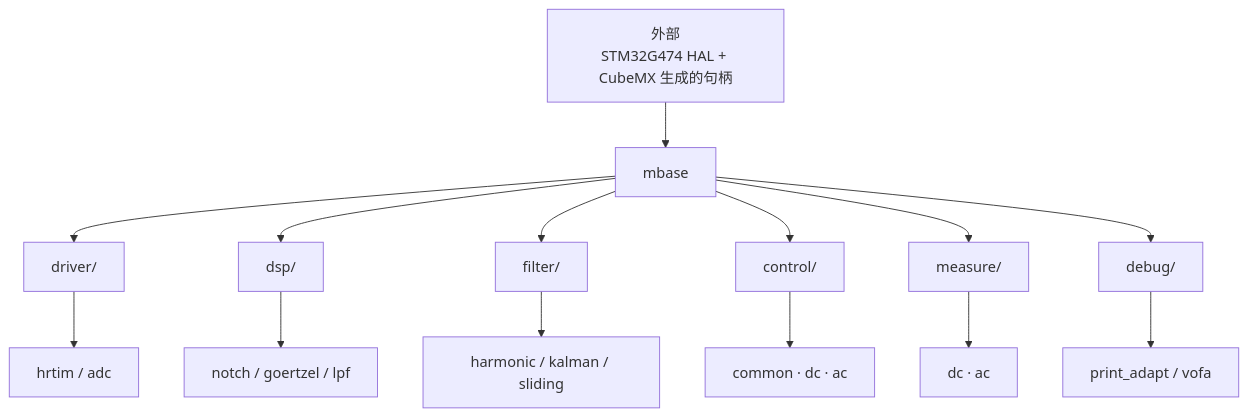
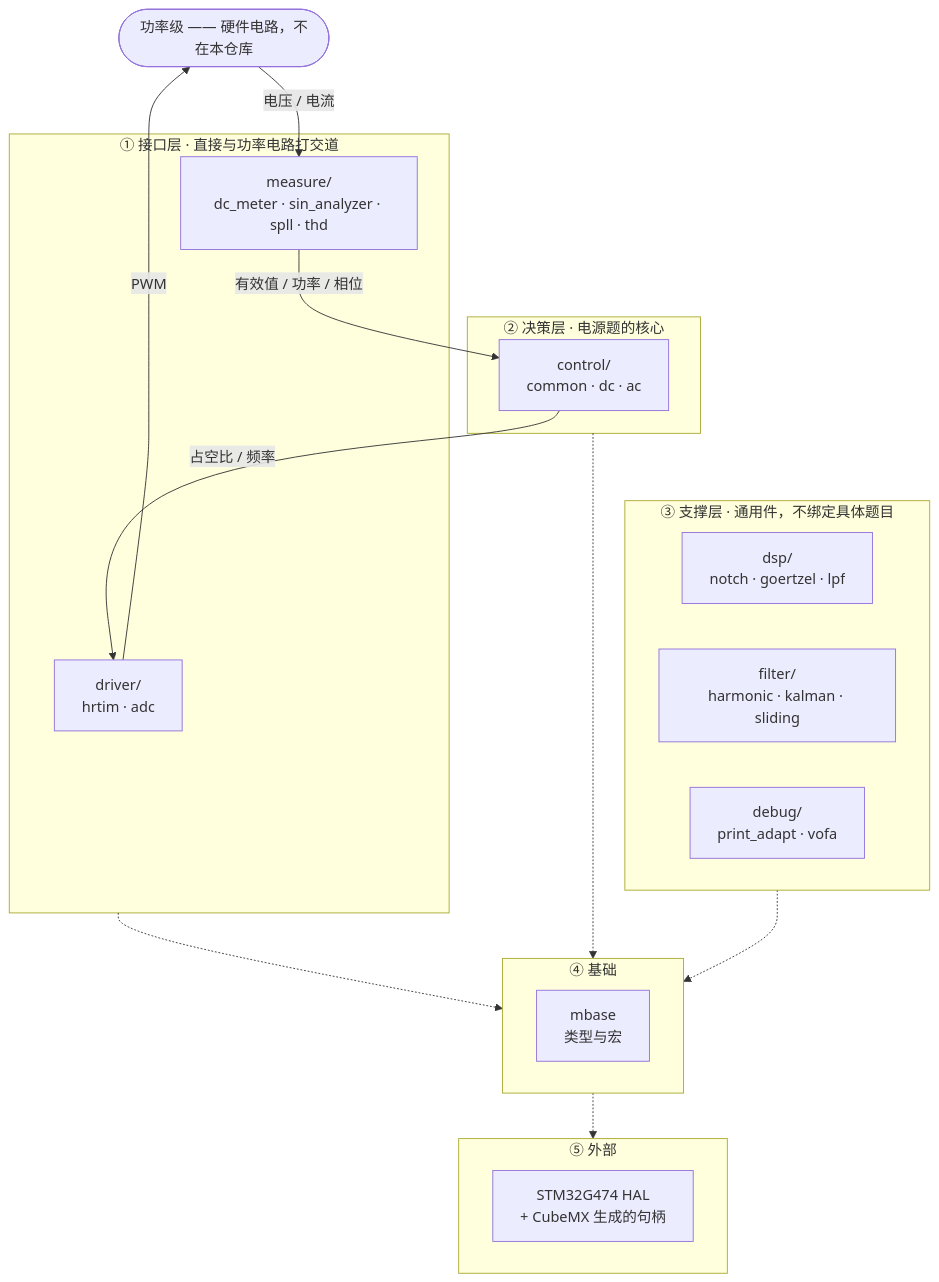
One commit to Gold-RsC/diansai_learning changed the diagram in README.md. Above: the diagram before and after it, drawn with Mermaid. The commit also changed other lines of this file, not shown here.

First line of the commit message:
docs: README 改为概念分层图

````diff
--- a/README.md
+++ b/README.md
@@ -15,20 +20,37 @@
 ```mermaid
 flowchart TD
-    EXT["外部<br/>STM32G474 HAL + CubeMX 生成的句柄"]
+    HW(["功率级 —— 硬件电路，不在本仓库"])
 
-    EXT --> MB["mbase"]
+    subgraph L1["① 接口层 · 直接与功率电路打交道"]
+        DRV["driver/<br/>hrtim · adc"]
+        MEA["measure/<br/>dc_meter · sin_analyzer · spll · thd"]
+    end
 
-    MB --> DRV["driver/"]
-    MB --> DSP["dsp/"]
-    MB --> FIL["filter/"]
-    MB --> CTRL["control/"]
-    MB --> MEAS["measure/"]
-    MB --> DBG["debug/"]
+    subgraph L2["② 决策层 · 电源题的核心"]
+        CTRL["control/<br/>common · dc · ac"]
+    end
 
-    DRV  --> DRV1["hrtim / adc"]
-    DSP  --> DSP1["notch / goertzel / lpf"]
-    FIL  --> FIL1["harmonic / kalman / sliding"]
-    CTRL --> CTRL1["common · dc · ac"]
-    MEAS --> MEAS1["dc · ac"]
-    DBG  --> DBG1["print_adapt / vofa"]
+    subgraph L3["③ 支撑层 · 通用件，不绑定具体题目"]
+        DSP["dsp/<br/>notch · goertzel · lpf"]
+        FIL["filter/<br/>harmonic · kalman · sliding"]
+        DBG["debug/<br/>print_adapt · vofa"]
+    end
+
+    subgraph L4["④ 基础"]
+        MB["mbase<br/>类型与宏"]
+    end
+
+    subgraph L5["⑤ 外部"]
+        HAL["STM32G474 HAL<br/>+ CubeMX 生成的句柄"]
+    end
+
+    HW -->|电压 / 电流| MEA
+    MEA -->|有效值 / 功率 / 相位| CTRL
+    CTRL -->|占空比 / 频率| DRV
+    DRV -->|PWM| HW
+
+    L1 -.-> L4
+    L2 -.-> L4
+    L3 -.-> L4
+    L4 -.-> L5
 ```
````
